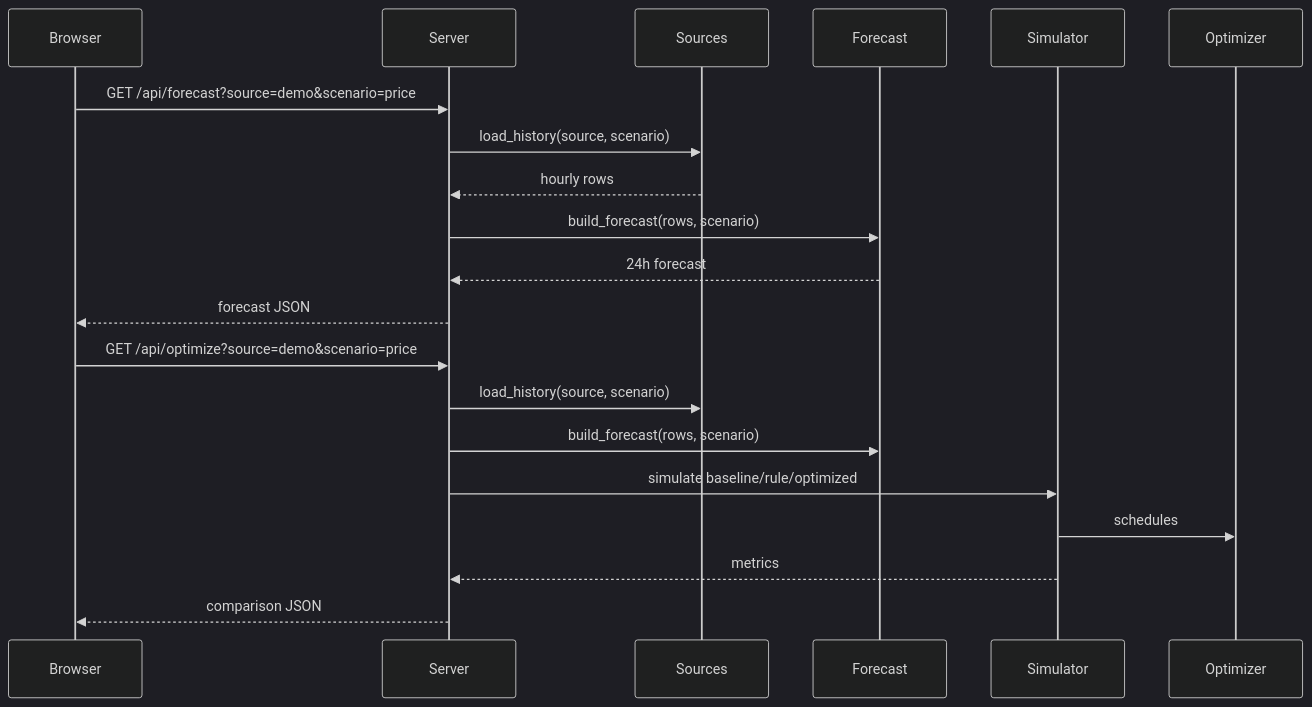
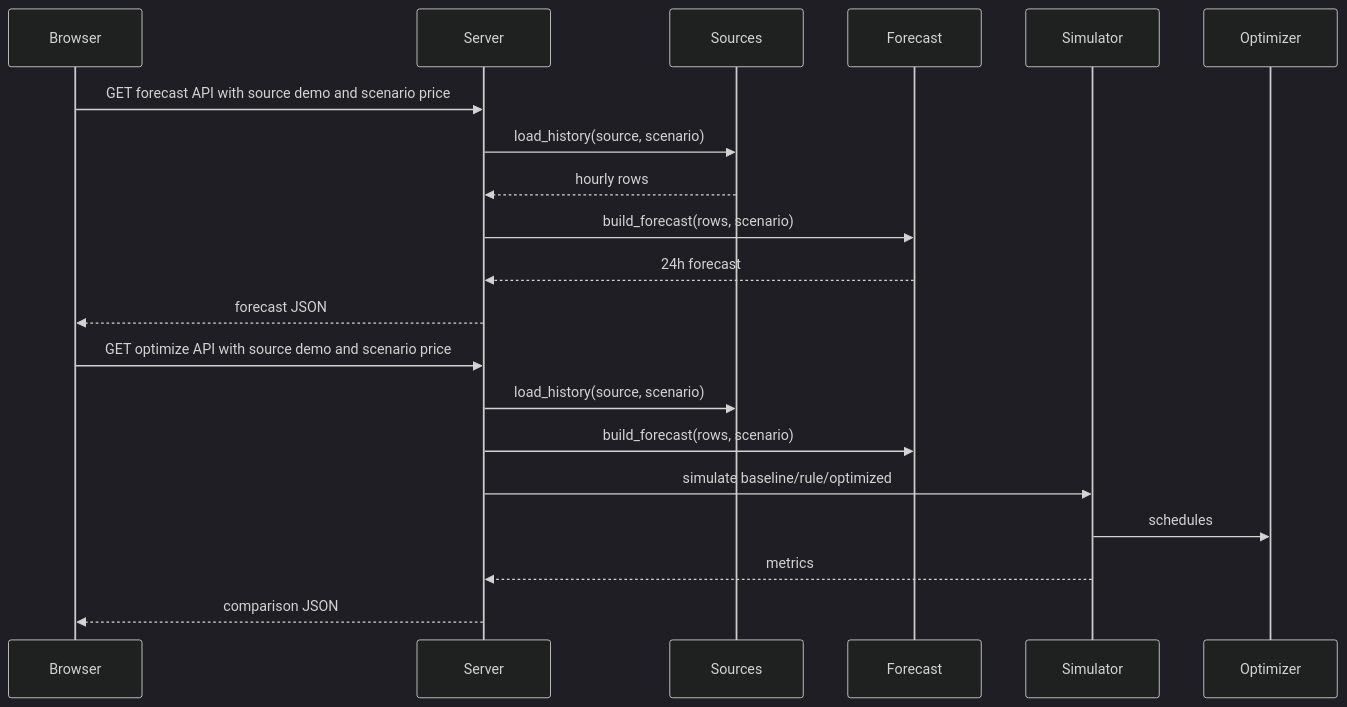
Before and after one commit to 4rajravi/EnergyTwin: the second of 4 diagrams in docs/system-design.md, drawn with Mermaid (dark theme). The commit also changed other lines of this file, not shown here.

````diff
--- a/docs/system-design.md
+++ b/docs/system-design.md
@@ -86,24 +86,24 @@
 ```mermaid
 sequenceDiagram
     participant Browser
     participant Server
     participant Sources
     participant Forecast
     participant Simulator
     participant Optimizer
 
-    Browser->>Server: GET /api/forecast?source=demo&scenario=price
+    Browser->>Server: GET forecast API with source demo and scenario price
     Server->>Sources: load_history(source, scenario)
     Sources-->>Server: hourly rows
     Server->>Forecast: build_forecast(rows, scenario)
     Forecast-->>Server: 24h forecast
     Server-->>Browser: forecast JSON
 
-    Browser->>Server: GET /api/optimize?source=demo&scenario=price
+    Browser->>Server: GET optimize API with source demo and scenario price
     Server->>Sources: load_history(source, scenario)
     Server->>Forecast: build_forecast(rows, scenario)
     Server->>Simulator: simulate baseline/rule/optimized
     Simulator->>Optimizer: schedules
     Simulator-->>Server: metrics
     Server-->>Browser: comparison JSON
 ```
````
